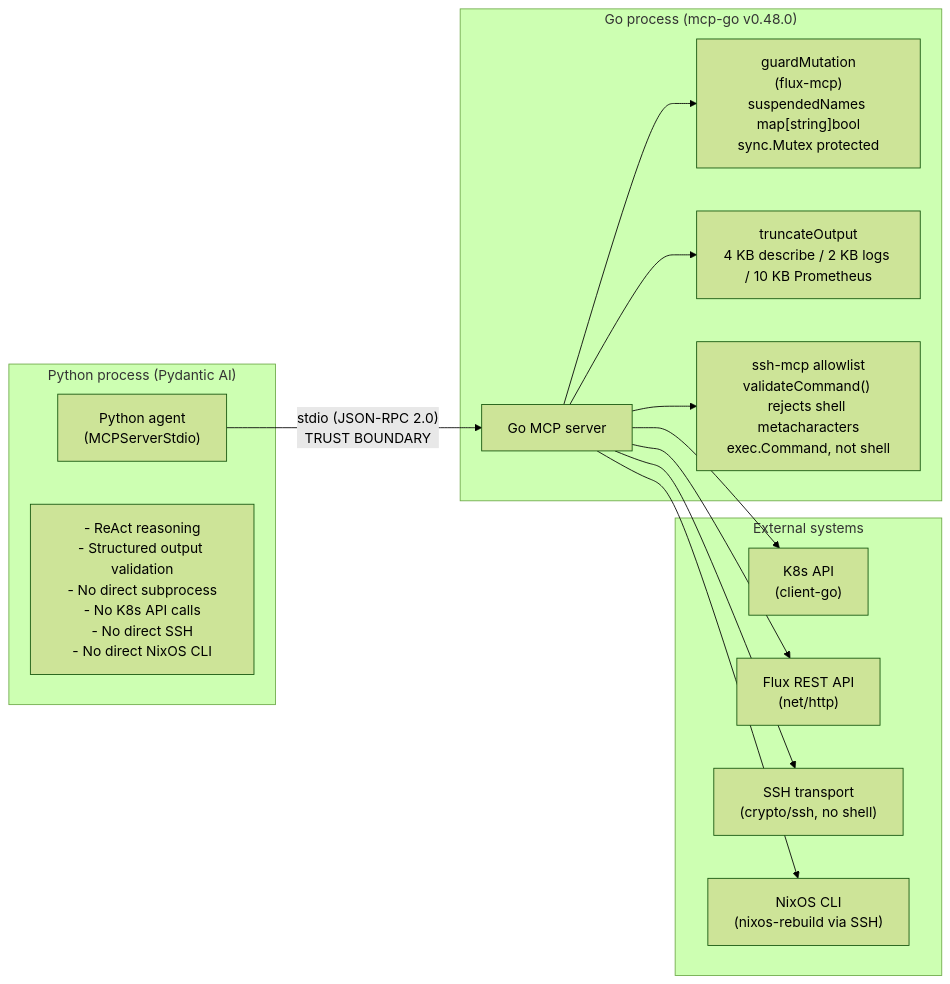
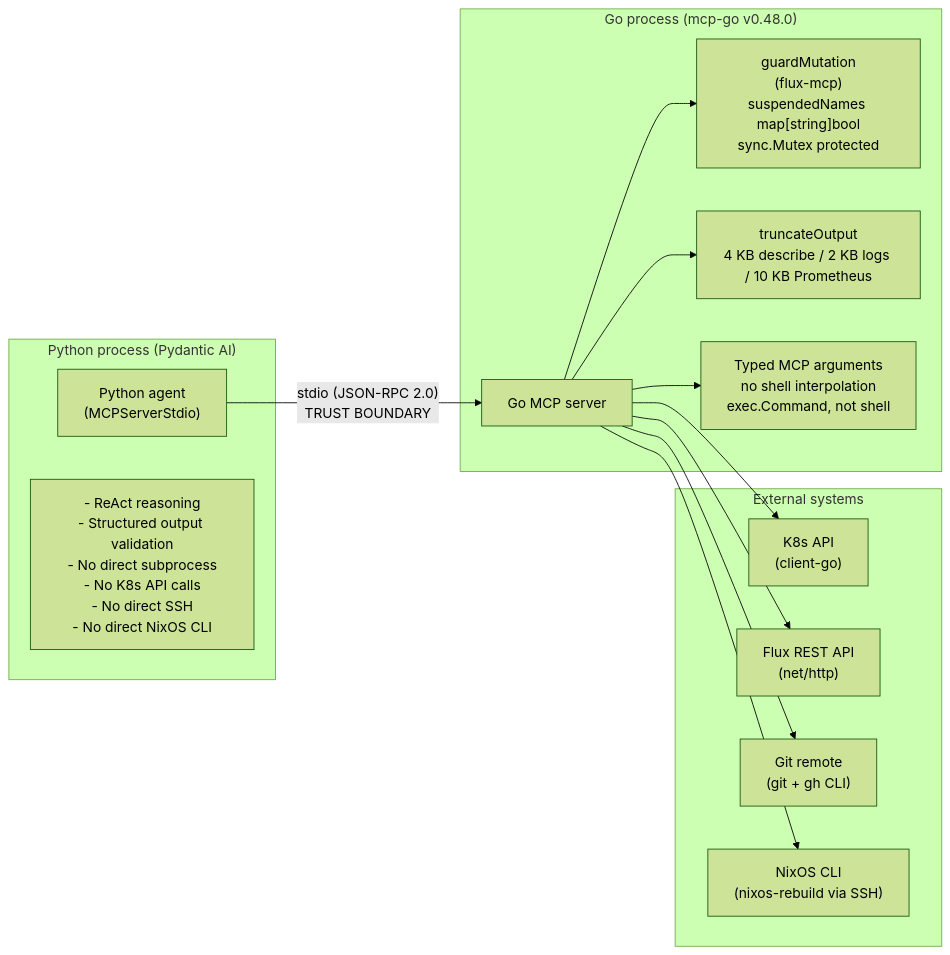
One commit to lucawalz/vigil changed the second of 2 diagrams in docs/architecture/overview.md. Above: the diagram before and after it, drawn with Mermaid (forest theme). The commit also changed other lines of this file and 4 other files, not shown here.

Commit message:
docs(architecture): align endpoint, mcp servers, and rollback with code

````diff
--- a/docs/architecture/overview.md
+++ b/docs/architecture/overview.md
@@ -102,30 +105,30 @@
 ```mermaid
 graph LR
     subgraph "Python process (Pydantic AI)"
         PA["Python agent\n(MCPServerStdio)"]
         PA_DETAIL["- ReAct reasoning\n- Structured output validation\n- No direct subprocess\n- No K8s API calls\n- No direct SSH\n- No direct NixOS CLI"]
     end
 
     subgraph "Go process (mcp-go v0.48.0)"
         GM["Go MCP server"]
         GUARD["guardMutation\n(flux-mcp)\nsuspendedNames map[string]bool\nsync.Mutex protected"]
         TRUNC["truncateOutput\n4 KB describe / 2 KB logs / 10 KB Prometheus"]
-        ALLOW["ssh-mcp allowlist\nvalidateCommand() rejects shell metacharacters\nexec.Command, not shell"]
+        TYPED["Typed MCP arguments\nno shell interpolation\nexec.Command, not shell"]
     end
 
     subgraph "External systems"
         K8S["K8s API\n(client-go)"]
         FLUXAPI["Flux REST API\n(net/http)"]
-        SSHSYS["SSH transport\n(crypto/ssh, no shell)"]
+        GITSYS["Git remote\n(git + gh CLI)"]
         NIXOSCLI["NixOS CLI\n(nixos-rebuild via SSH)"]
     end
 
     PA -->|"stdio (JSON-RPC 2.0)\nTRUST BOUNDARY"| GM
     GM --> GUARD
     GM --> TRUNC
-    GM --> ALLOW
+    GM --> TYPED
     GM --> K8S
     GM --> FLUXAPI
-    GM --> SSHSYS
+    GM --> GITSYS
     GM --> NIXOSCLI
 ```
````
